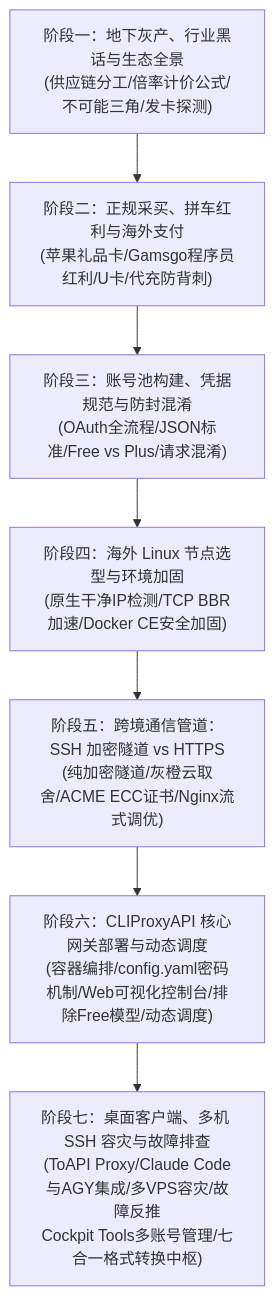
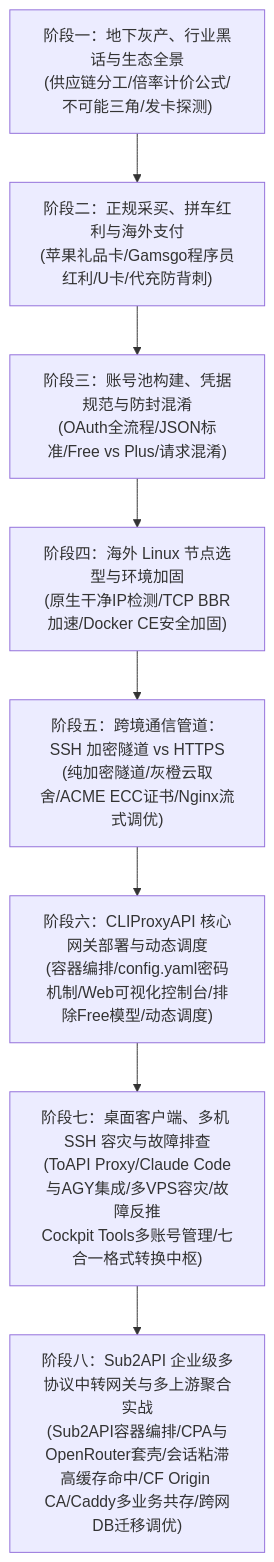
Before and after one commit to ponyletter/py310sphinx_knowledge: the diagram in docs/source/courses/ai_reverse_proxy_and_account_pool/index.md, drawn with Mermaid. The commit also changed other lines of this file and 6 other files, not shown here.

First line of the commit message:
docs(ai-proxy): add Stage 8 Sub2API gateway deployment and multi-upstream aggregation guide

````diff
--- a/docs/source/courses/ai_reverse_proxy_and_account_pool/index.md
+++ b/docs/source/courses/ai_reverse_proxy_and_account_pool/index.md
@@ -23,12 +23,13 @@
 ```{mermaid}
 flowchart TD
     S1["阶段一：地下灰产、行业黑话与生态全景<br/>(供应链分工/倍率计价公式/不可能三角/发卡探测)"]
     S2["阶段二：正规采买、拼车红利与海外支付<br/>(苹果礼品卡/Gamsgo程序员红利/U卡/代充防背刺)"]
     S3["阶段三：账号池构建、凭据规范与防封混淆<br/>(OAuth全流程/JSON标准/Free vs Plus/请求混淆)"]
     S4["阶段四：海外 Linux 节点选型与环境加固<br/>(原生干净IP检测/TCP BBR加速/Docker CE安全加固)"]
     S5["阶段五：跨境通信管道：SSH 加密隧道 vs HTTPS<br/>(纯加密隧道/灰橙云取舍/ACME ECC证书/Nginx流式调优)"]
     S6["阶段六：CLIProxyAPI 核心网关部署与动态调度<br/>(容器编排/config.yaml密码机制/Web可视化控制台/排除Free模型/动态调度)"]
     S7["阶段七：桌面客户端、多机 SSH 容灾与故障排查<br/>(ToAPI Proxy/Claude Code与AGY集成/多VPS容灾/故障反推<br/>Cockpit Tools多账号管理/七合一格式转换中枢)"]
+    S8["阶段八：Sub2API 企业级多协议中转网关与多上游聚合实战<br/>(Sub2API容器编排/CPA与OpenRouter套壳/会话粘滞高缓存命中/CF Origin CA/Caddy多业务共存/跨网DB迁移调优)"]
 
-    S1 --> S2 --> S3 --> S4 --> S5 --> S6 --> S7
+    S1 --> S2 --> S3 --> S4 --> S5 --> S6 --> S7 --> S8
 ```
````
